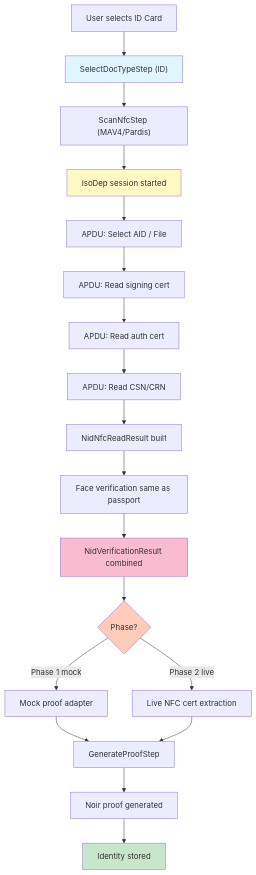
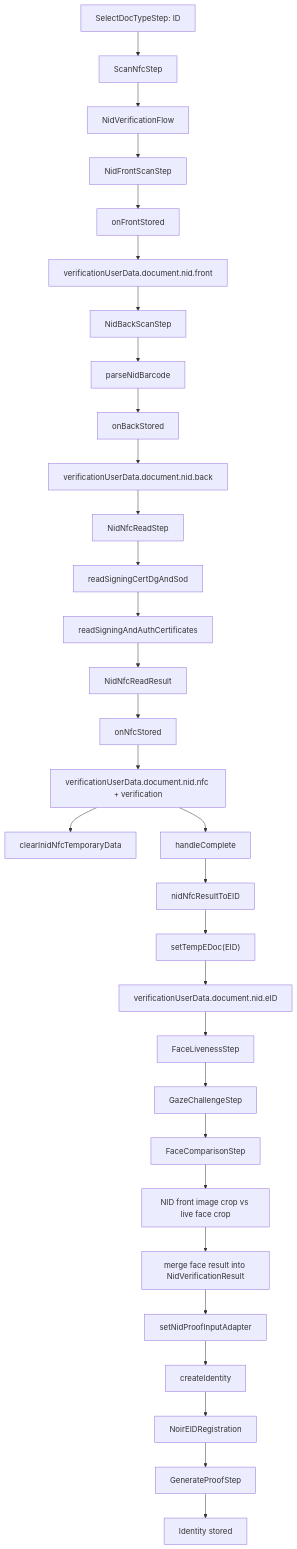
One commit to jomhoor/Jomhoor-wallet changed the second of 2 diagrams in dev-docs/verification-data-flow-audit.md. Above: the diagram before and after it, drawn with Mermaid. The commit also changed other lines of this file and 1 other file, not shown here.

Commit message:
doc - provide required info to proof generator

````diff
--- a/dev-docs/verification-data-flow-audit.md
+++ b/dev-docs/verification-data-flow-audit.md
@@ -260,30 +171,38 @@
 ```mermaid
 graph TD
-    A["User selects ID Card"] --> B["SelectDocTypeStep (ID)"]
-    B --> C["ScanNfcStep (MAV4/Pardis)"]
+    A["SelectDocTypeStep: ID"] --> B["ScanNfcStep"]
+    B --> C["NidVerificationFlow"]
 
-    C --> C1["IsoDep session started"]
-    C1 --> C2["APDU: Select AID / File"]
-    C2 --> C3["APDU: Read signing cert"]
-    C3 --> C4["APDU: Read auth cert"]
-    C4 --> C5["APDU: Read CSN/CRN"]
-    C5 --> D["NidNfcReadResult built"]
+    C --> C1["NidFrontScanStep"]
+    C1 --> C2["onFrontStored"]
+    C2 --> C3["verificationUserData.document.nid.front"]
 
-    D --> E["Face verification same as passport"]
-    E --> F["NidVerificationResult combined"]
+    C3 --> D1["NidBackScanStep"]
+    D1 --> D2["parseNidBarcode"]
+    D2 --> D3["onBackStored"]
+    D3 --> D4["verificationUserData.document.nid.back"]
 
-    F --> G{Phase?}
-    G -->|Phase 1 mock| G1["Mock proof adapter"]
-    G1 --> H["GenerateProofStep"]
-    G -->|Phase 2 live| G2["Live NFC cert extraction"]
-    G2 --> H
+    D4 --> E1["NidNfcReadStep"]
+    E1 --> E2["readSigningCertDgAndSod"]
+    E2 --> E3["readSigningAndAuthCertificates"]
+    E3 --> E4["NidNfcReadResult"]
+    E4 --> E5["onNfcStored"]
+    E5 --> E6["verificationUserData.document.nid.nfc + verification"]
+    E6 --> E7["clearInidNfcTemporaryData"]
 
-    H --> I["Noir proof generated"]
-    I --> J["Identity stored"]
+    E6 --> F["handleComplete"]
+    F --> F1["nidNfcResultToEID"]
+    F1 --> F2["setTempEDoc(EID)"]
+    F2 --> F3["verificationUserData.document.nid.eID"]
 
-    style B fill:#e1f5ff
-    style C1 fill:#fff9c4
-    style F fill:#f8bbd0
-    style G fill:#ffccbc
-    style J fill:#c8e6c9
+    F3 --> G["FaceLivenessStep"]
+    G --> H["GazeChallengeStep"]
+    H --> I["FaceComparisonStep"]
+    I --> I1["NID front image crop vs live face crop"]
+    I1 --> I2["merge face result into NidVerificationResult"]
+    I2 --> I3["setNidProofInputAdapter"]
+    I3 --> J["createIdentity"]
+    J --> J1["NoirEIDRegistration"]
+    J1 --> K["GenerateProofStep"]
+    K --> L["Identity stored"]
 ```
````
